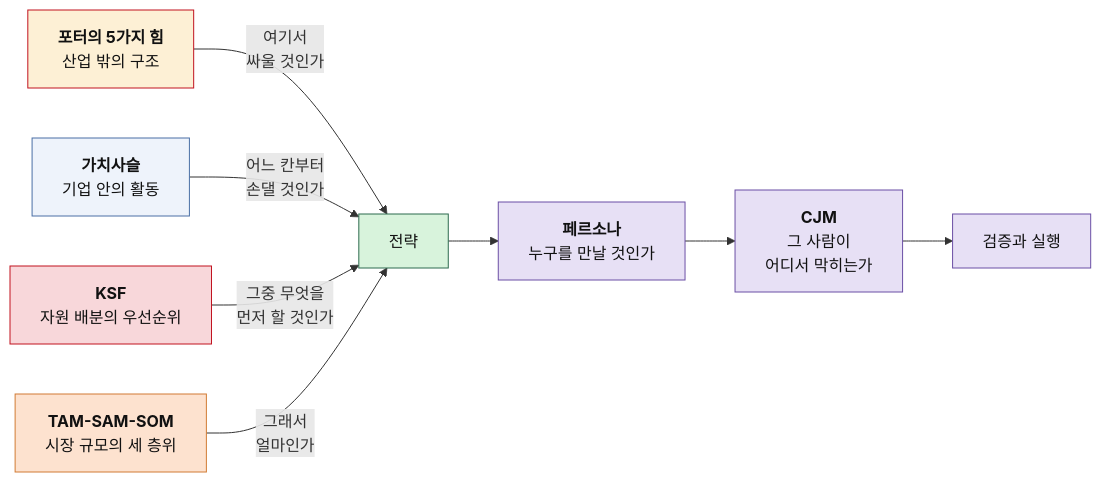
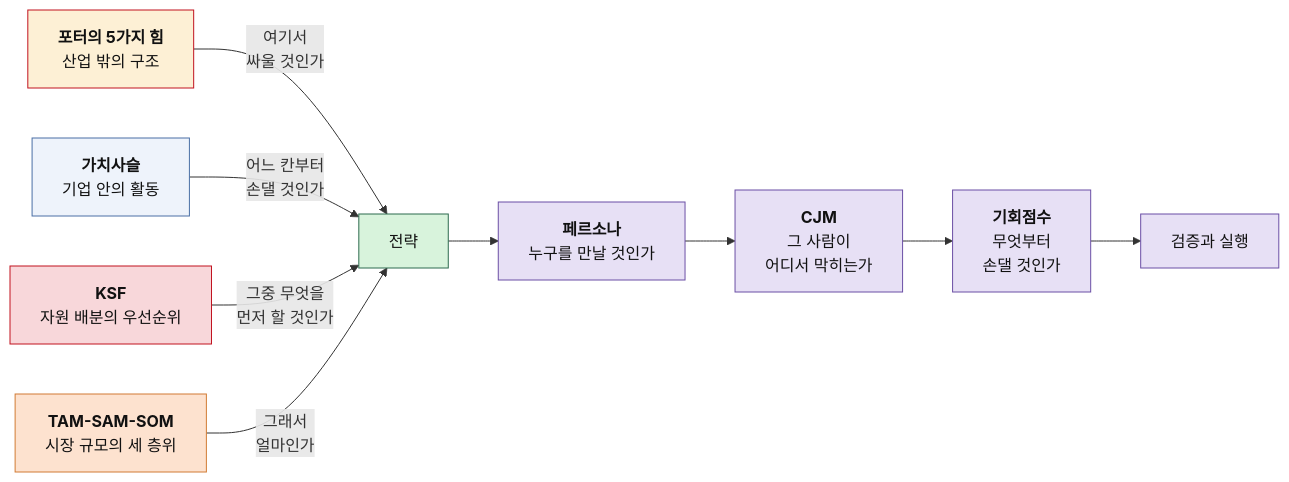
The diagram in README.md (ccw00325-spec/business-research-github-practice-2026), drawn with Mermaid before and after one commit. The commit also changed other lines of this file and 1 other file, not shown here.

First line of the commit message:
docs: 기회점수(OS·AOS·DOS) 방법론 챕터 추가

````diff
--- a/README.md
+++ b/README.md
@@ -83,24 +93,25 @@
 ```mermaid
 flowchart LR
     A["<b>포터의 5가지 힘</b><br/>산업 밖의 구조"] -->|"여기서<br/>싸울 것인가"| D["전략"]
     B["<b>가치사슬</b><br/>기업 안의 활동"] -->|"어느 칸부터<br/>손댈 것인가"| D
     C["<b>KSF</b><br/>자원 배분의 우선순위"] -->|"그중 무엇을<br/>먼저 할 것인가"| D
     E["<b>TAM-SAM-SOM</b><br/>시장 규모의 세 층위"] -->|"그래서<br/>얼마인가"| D
 
     D --> F["<b>페르소나</b><br/>누구를 만날 것인가"]
     F --> G["<b>CJM</b><br/>그 사람이<br/>어디서 막히는가"]
-    G --> H["검증과 실행"]
+    G --> I["<b>기회점수</b><br/>무엇부터<br/>손댈 것인가"]
+    I --> H["검증과 실행"]
 
     classDef out fill:#fdf0d5,stroke:#c1121f,color:#111
     classDef inn fill:#eef3fb,stroke:#4a6fa5,color:#111
     classDef ksf fill:#f8d7da,stroke:#c1121f,color:#111
     classDef siz fill:#fde2cf,stroke:#d17b34,color:#111
     classDef dec fill:#d8f3dc,stroke:#2d6a4f,color:#111
     classDef who fill:#e7e0f5,stroke:#6b4fa5,color:#111
     class A out
     class B inn
     class C ksf
     class E siz
     class D dec
-    class F,G,H who
+    class F,G,I,H who
 ```
````
